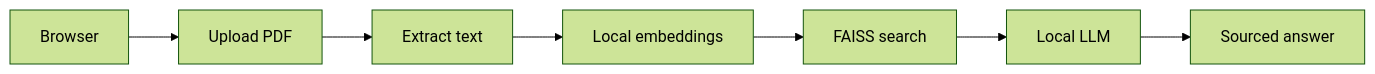
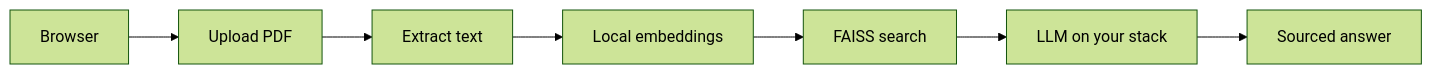
The diagram in README.md (RoxanaTapia/ai-doc-to-chat-pipeline), drawn with Mermaid (forest theme) before and after one commit. The commit also changed other lines of this file and 4 other files, not shown here.

````diff
--- a/README.md
+++ b/README.md
@@ -30,9 +30,9 @@
 ```mermaid
 flowchart LR
   A[Browser] --> B[Upload PDF]
   B --> C[Extract text]
   C --> D[Local embeddings]
   D --> E[FAISS search]
-  E --> F[Local LLM]
+  E --> F[LLM on your stack]
   F --> G[Sourced answer]
 ```
````
